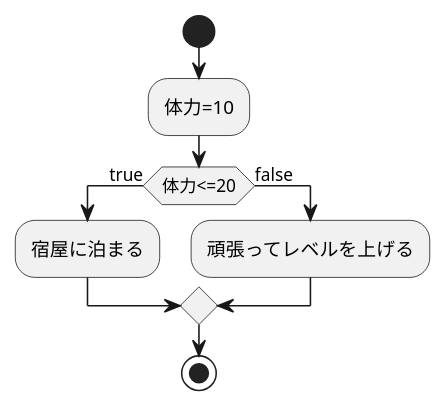
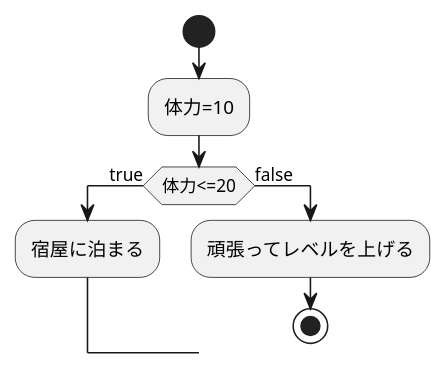
Before and after one commit to Aso2001219/2021sys-design: the diagram in test2.md, drawn with PlantUML.

````diff
--- a/test2.md
+++ b/test2.md
@@ -1,12 +1,11 @@
 ```uml
 @startuml
 start
 :体力=10;
 if (体力<=20) then (true)
   :宿屋に泊まる;
   else(false)
     :頑張ってレベルを上げる;
-endif
 stop
 @enduml
 ```
````
